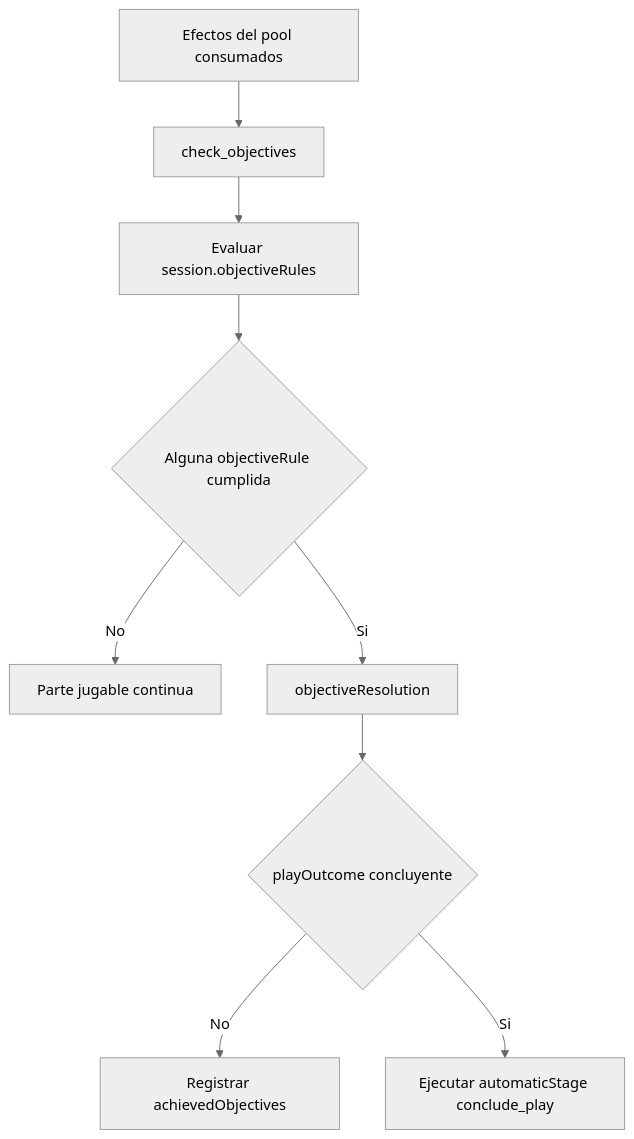
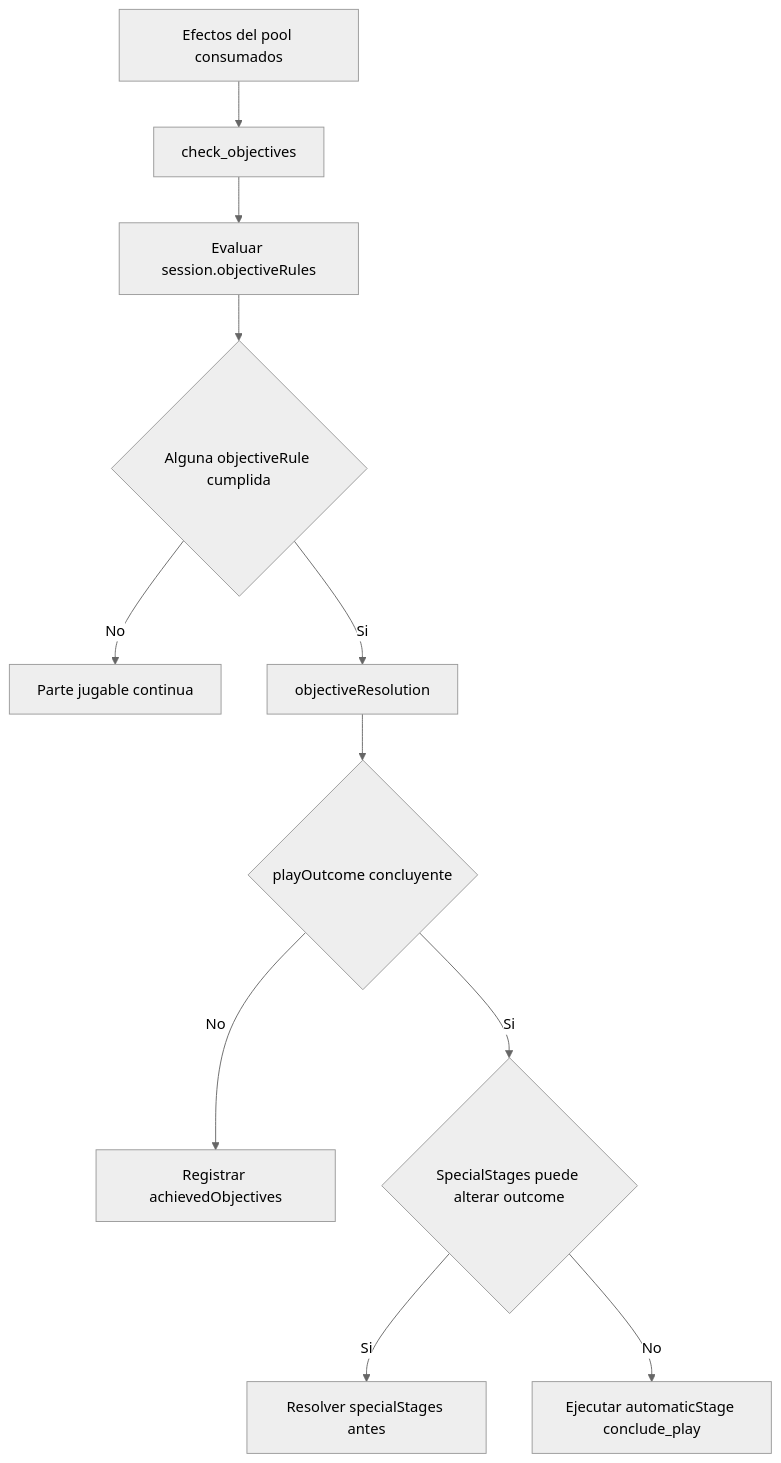
One commit to juanramonmorandeira/castronegro-director changed the tenth of 14 diagrams in docs/engine_flow_map.md. Above: the diagram before and after it, drawn with Mermaid (neutral theme). The commit also changed other lines of this file and 41 other files, not shown here.

````diff
--- a/docs/engine_flow_map.md
+++ b/docs/engine_flow_map.md
@@ -468,11 +487,13 @@
 ```mermaid
 graph TD
   A[Efectos del pool consumados] --> B[check_objectives]
   B --> C[Evaluar session.objectiveRules]
   C --> D{Alguna objectiveRule cumplida}
   D -->|No| E[Parte jugable continua]
   D -->|Si| F[objectiveResolution]
   F --> G{playOutcome concluyente}
   G -->|No| H[Registrar achievedObjectives]
-  G -->|Si| I[Ejecutar automaticStage conclude_play]
+  G -->|Si| I{SpecialStages puede alterar outcome}
+  I -->|Si| J[Resolver specialStages antes]
+  I -->|No| K[Ejecutar automaticStage conclude_play]
 ```
````
